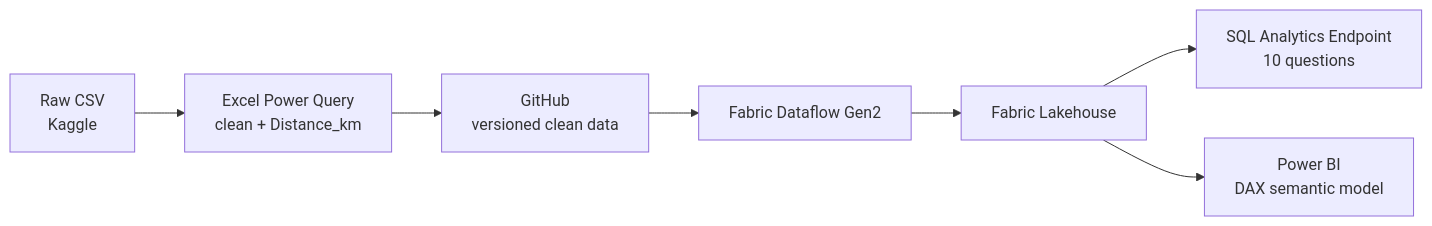
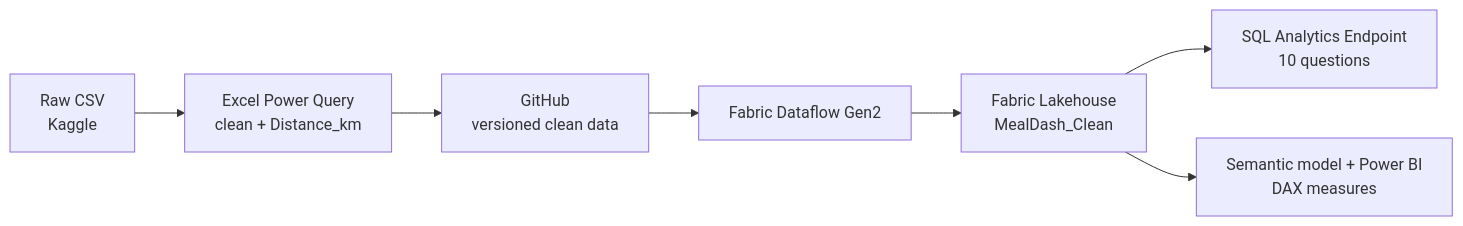
Before and after one commit to seema-kri/MealDash: the diagram in README.md, drawn with Mermaid. The commit also changed other lines of this file, not shown here.

````diff
--- a/README.md
+++ b/README.md
@@ -47,9 +58,9 @@
 ```mermaid
 flowchart LR
     A[Raw CSV<br/>Kaggle] --> B[Excel Power Query<br/>clean + Distance_km]
     B --> C[GitHub<br/>versioned clean data]
     C --> D[Fabric Dataflow Gen2]
-    D --> E[Fabric Lakehouse]
+    D --> E[Fabric Lakehouse<br/>MealDash_Clean]
     E --> F[SQL Analytics Endpoint<br/>10 questions]
-    E --> G[Power BI<br/>DAX semantic model]
+    E --> G[Semantic model + Power BI<br/>DAX measures]
 ```
````
